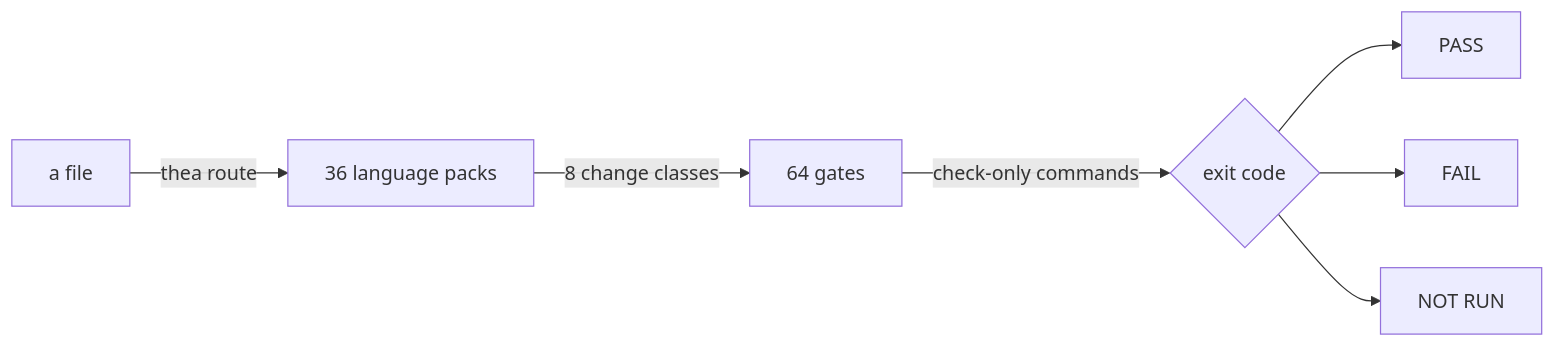
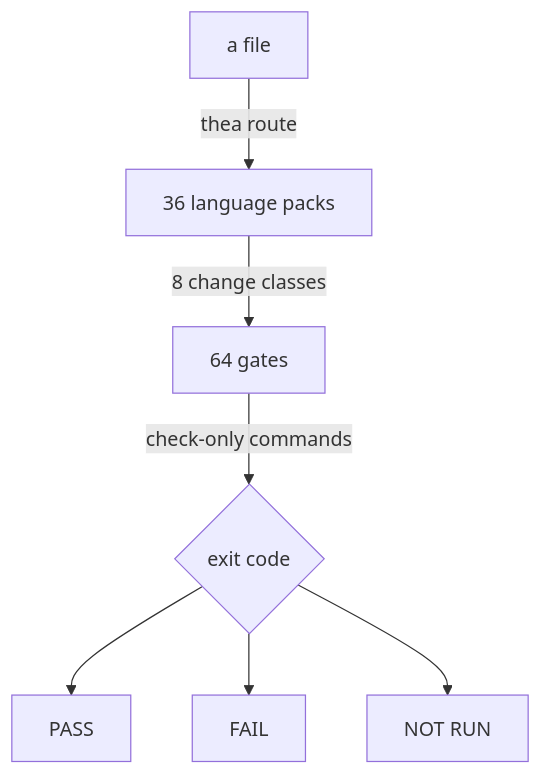
One commit to HLIntel/Headron changed the diagram in README.md. Above: the diagram before and after it, drawn with Mermaid. The commit also changed other lines of this file and 6 other files, not shown here.

First line of the commit message:
readme: vertical, not sideways — wide tables and the ten-figure line move to their pages

````diff
--- a/README.md
+++ b/README.md
@@ -71,7 +36,7 @@
 ```mermaid
-flowchart LR
+flowchart TD
   F[a file] -->|thea route| P[36 language packs]
   P -->|8 change classes| G[64 gates]
   G -->|check-only commands| V{exit code}
   V --> PASS & FAIL & NR[NOT RUN]
 ```
````
